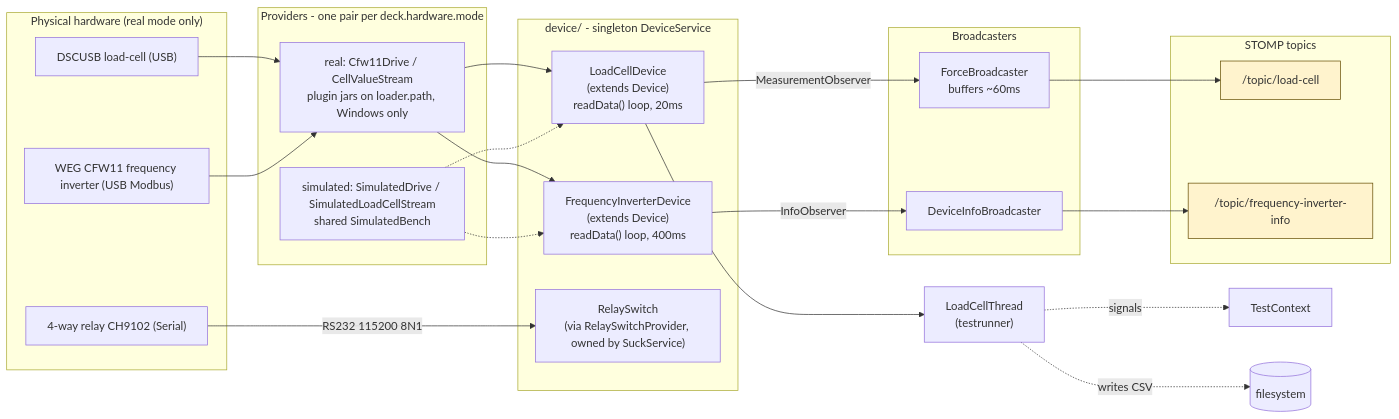
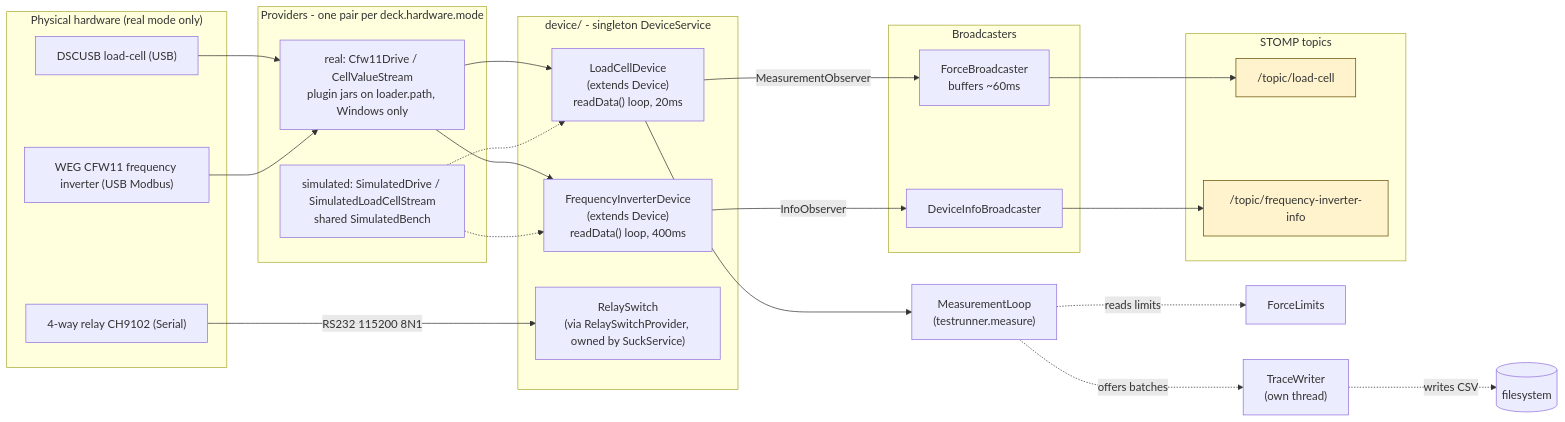
One commit to rupfizupfi/breaktest-command-deck changed the diagram in doc/diagrams/src/hardware-layer.mmd. Above: the diagram before and after it, drawn with Mermaid. The commit also changed 489 other files, not shown here.

```diff
--- a/doc/diagrams/src/hardware-layer.mmd
+++ b/doc/diagrams/src/hardware-layer.mmd
@@ -1,46 +1,47 @@
 %% Hardware layer: hardware -> provider -> device -> broadcaster -> WebSocket topic
 %% Branch: dev-split @ 2026-08-17
 flowchart LR
     subgraph Hardware["Physical hardware (real mode only)"]
         DSC["DSCUSB load-cell (USB)"]
         CFW["WEG CFW11 frequency inverter (USB Modbus)"]
         REL["4-way relay CH9102 (Serial)"]
     end
 
     subgraph Providers["Providers - one pair per deck.hardware.mode"]
         VEND["real: Cfw11Drive / CellValueStream<br/>plugin jars on loader.path, Windows only"]
         SIM["simulated: SimulatedDrive / SimulatedLoadCellStream<br/>shared SimulatedBench"]
     end
 
     subgraph DeviceLayer["device/ - singleton DeviceService"]
         LCD["LoadCellDevice<br/>(extends Device)<br/>readData() loop, 20ms"]
         CFD["FrequencyInverterDevice<br/>(extends Device)<br/>readData() loop, 400ms"]
         FRS["RelaySwitch<br/>(via RelaySwitchProvider, owned by SuckService)"]
     end
 
     subgraph Broadcasters
         FB["ForceBroadcaster<br/>buffers ~60ms"]
         DIB["DeviceInfoBroadcaster"]
     end
 
     subgraph Topics["STOMP topics"]
         T1["/topic/load-cell"]
         T2["/topic/frequency-inverter-info"]
     end
 
     DSC --> VEND
     CFW --> VEND
     REL -->|"RS232 115200 8N1"| FRS
     VEND --> LCD
     VEND --> CFD
     SIM -.-> LCD
     SIM -.-> CFD
 
     LCD -->|MeasurementObserver| FB --> T1
     CFD -->|InfoObserver| DIB --> T2
-    LCD --> LCT["LoadCellThread<br/>(testrunner)"]
-    LCT -.->|signals| TC[TestContext]
-    LCT -.->|writes CSV| FS[(filesystem)]
+    LCD --> LCT["MeasurementLoop<br/>(testrunner.measure)"]
+    LCT -.->|reads limits| TC[ForceLimits]
+    LCT -.->|offers batches| TW["TraceWriter<br/>(own thread)"]
+    TW -.->|writes CSV| FS[(filesystem)]
 
     classDef topic fill:#fff3cd,stroke:#664d03
     class T1,T2 topic
```
